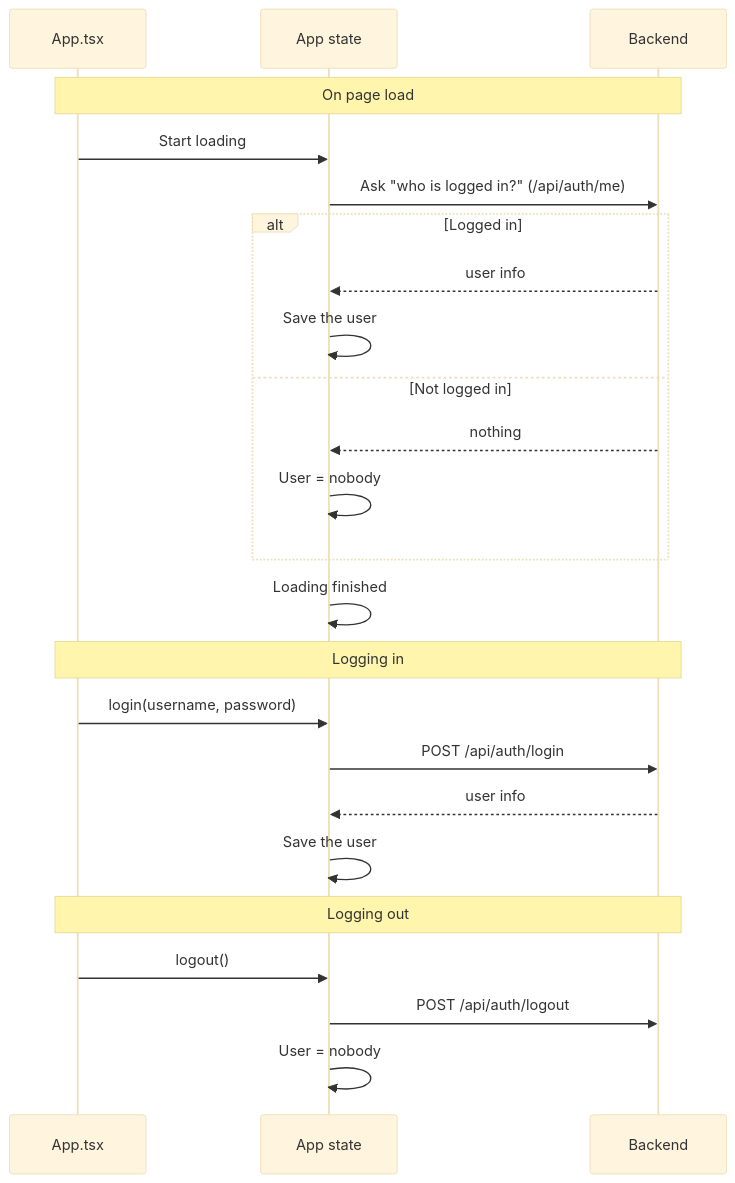
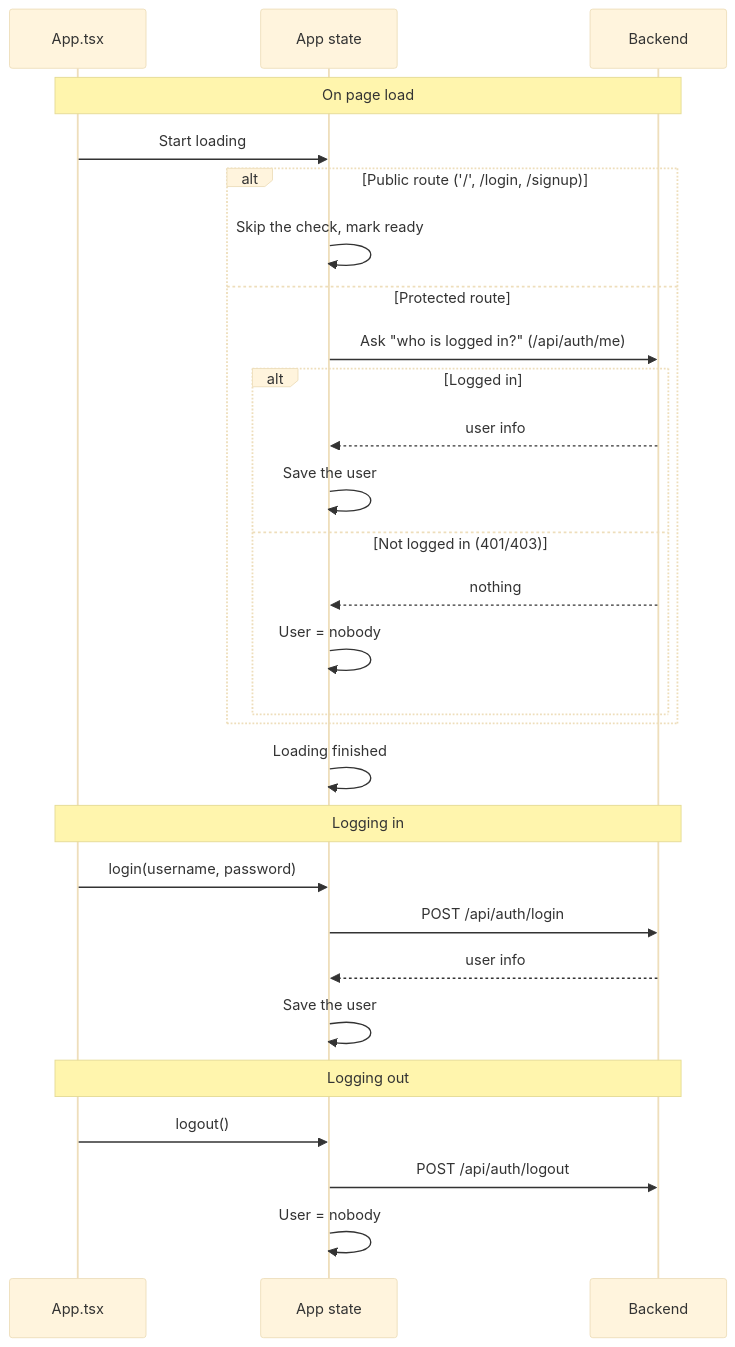
Before and after one commit to JaxzTan/ft_transcendence: the first of 2 diagrams in docs/frontend/frontend-store-system.md, drawn with Mermaid (base theme). The commit also changed other lines of this file and 30 other files, not shown here.

````diff
--- a/docs/frontend/frontend-store-system.md
+++ b/docs/frontend/frontend-store-system.md
@@ -164,29 +167,33 @@
 ```mermaid
 sequenceDiagram
     participant App as App.tsx
     participant Store as App state
     participant API as Backend
 
     Note over App,API: On page load
     App->>Store: Start loading
-    Store->>API: Ask "who is logged in?" (/api/auth/me)
-    alt Logged in
-        API-->>Store: user info
-        Store->>Store: Save the user
-    else Not logged in
-        API-->>Store: nothing
-        Store->>Store: User = nobody
+    alt Public route ('/', /login, /signup)
+        Store->>Store: Skip the check, mark ready
+    else Protected route
+        Store->>API: Ask "who is logged in?" (/api/auth/me)
+        alt Logged in
+            API-->>Store: user info
+            Store->>Store: Save the user
+        else Not logged in (401/403)
+            API-->>Store: nothing
+            Store->>Store: User = nobody
+        end
     end
     Store->>Store: Loading finished
 
     Note over App,API: Logging in
     App->>Store: login(username, password)
     Store->>API: POST /api/auth/login
     API-->>Store: user info
     Store->>Store: Save the user
 
     Note over App,API: Logging out
     App->>Store: logout()
     Store->>API: POST /api/auth/logout
     Store->>Store: User = nobody
 ```
````
